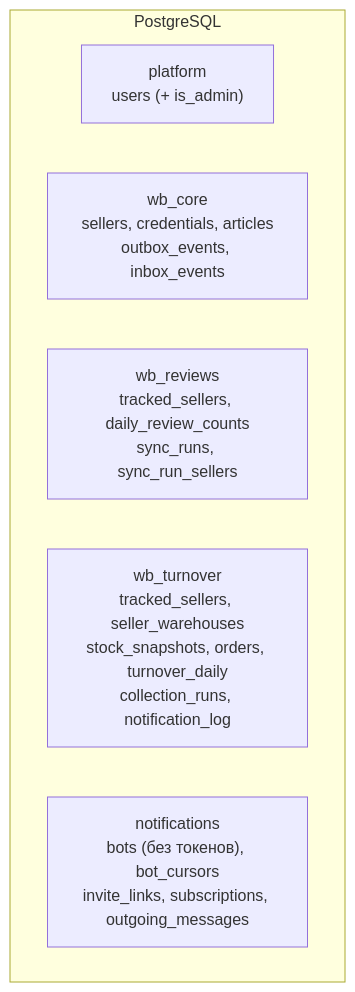
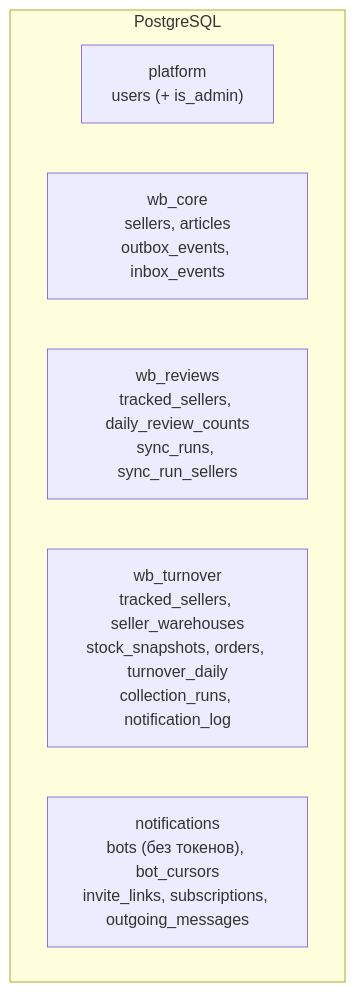
One commit to krionefishy/karbi changed the diagram in docs/architecture/DATA.md. Above: the diagram before and after it, drawn with Mermaid. The commit also changed other lines of this file and 72 other files, not shown here.

````diff
--- a/docs/architecture/DATA.md
+++ b/docs/architecture/DATA.md
@@ -7,10 +7,10 @@
 ```mermaid
 flowchart TB
     subgraph db["PostgreSQL"]
         platform["platform<br/>users (+ is_admin)"]
-        core["wb_core<br/>sellers, credentials, articles<br/>outbox_events, inbox_events"]
+        core["wb_core<br/>sellers, articles<br/>outbox_events, inbox_events"]
         reviews["wb_reviews<br/>tracked_sellers, daily_review_counts<br/>sync_runs, sync_run_sellers"]
         turnover["wb_turnover<br/>tracked_sellers, seller_warehouses<br/>stock_snapshots, orders, turnover_daily<br/>collection_runs, notification_log"]
         notify["notifications<br/>bots (без токенов), bot_cursors<br/>invite_links, subscriptions, outgoing_messages"]
     end
 ```
````
